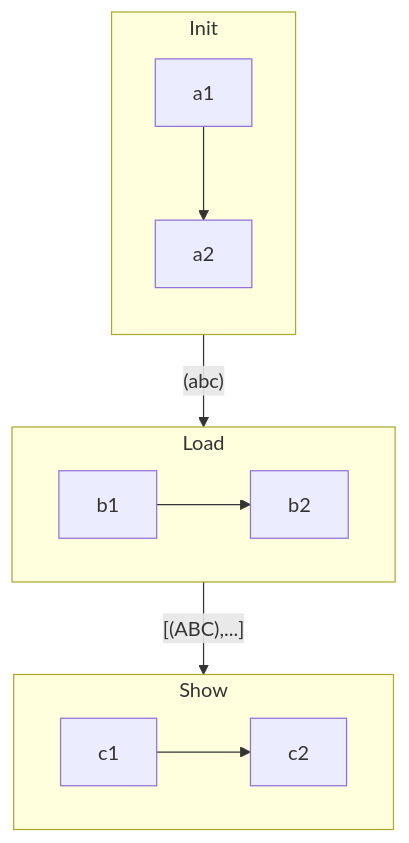
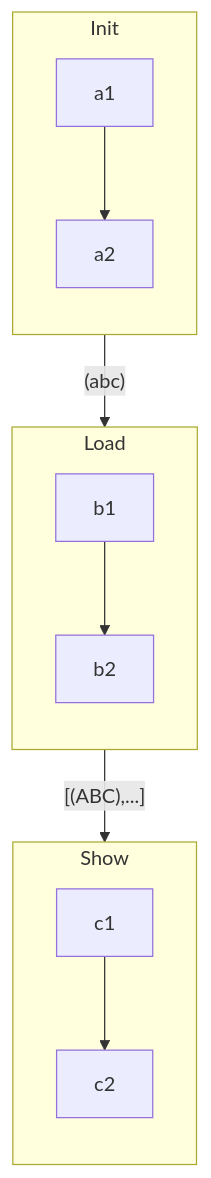
Before and after one commit to Wilfongjt/lb-A: the first of 3 diagrams in README.md, drawn with Mermaid.

````diff
--- a/README.md
+++ b/README.md
@@ -6,21 +6,23 @@
 ```mermaid
 flowchart TB
     
     subgraph Init
       direction TB
-    a1-->a2
+      a1-->a2
     end
     
     subgraph Load
-    b1-->b2
+      direction TB
+      b1-->b2
     end
     
     subgraph Show
-    c1-->c2
+      direction TB
+      c1-->c2
     end
     
     Init --> |"(abc)"| Load
     Load --> |"[(ABC),...]"| Show
     
     
 ```
````
